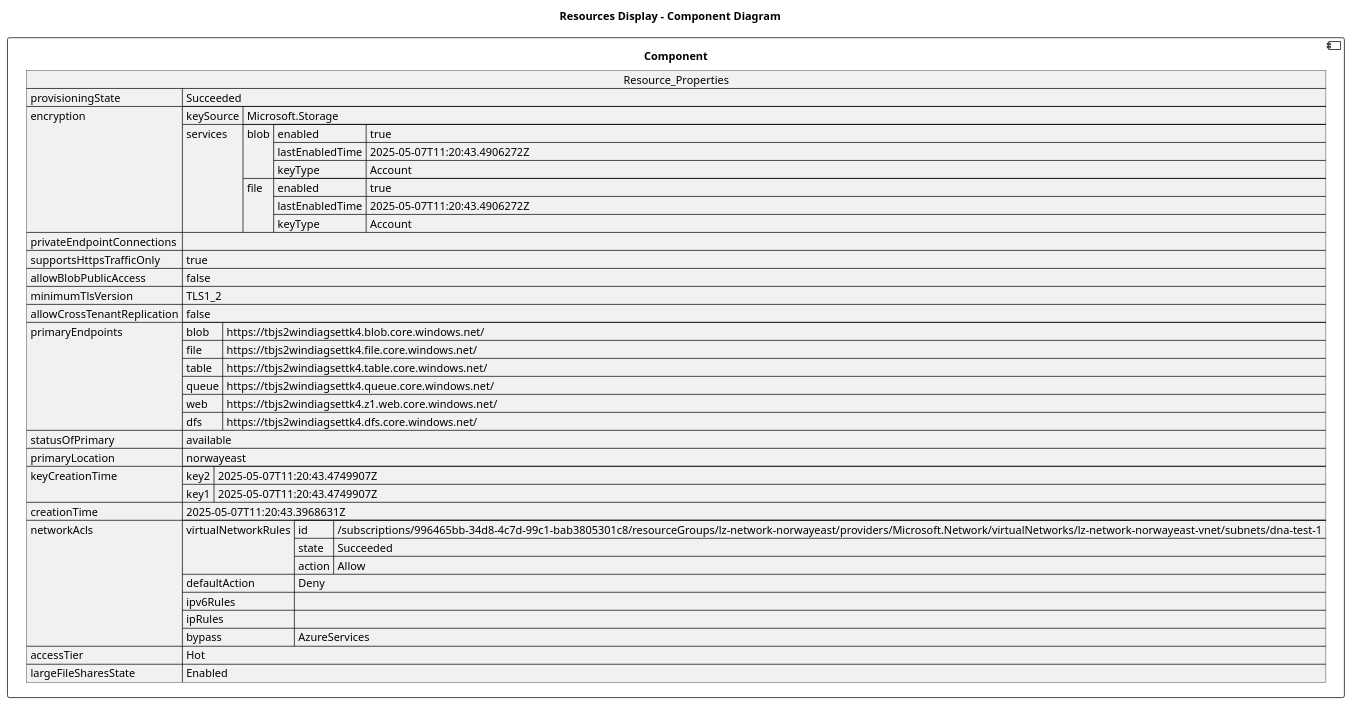
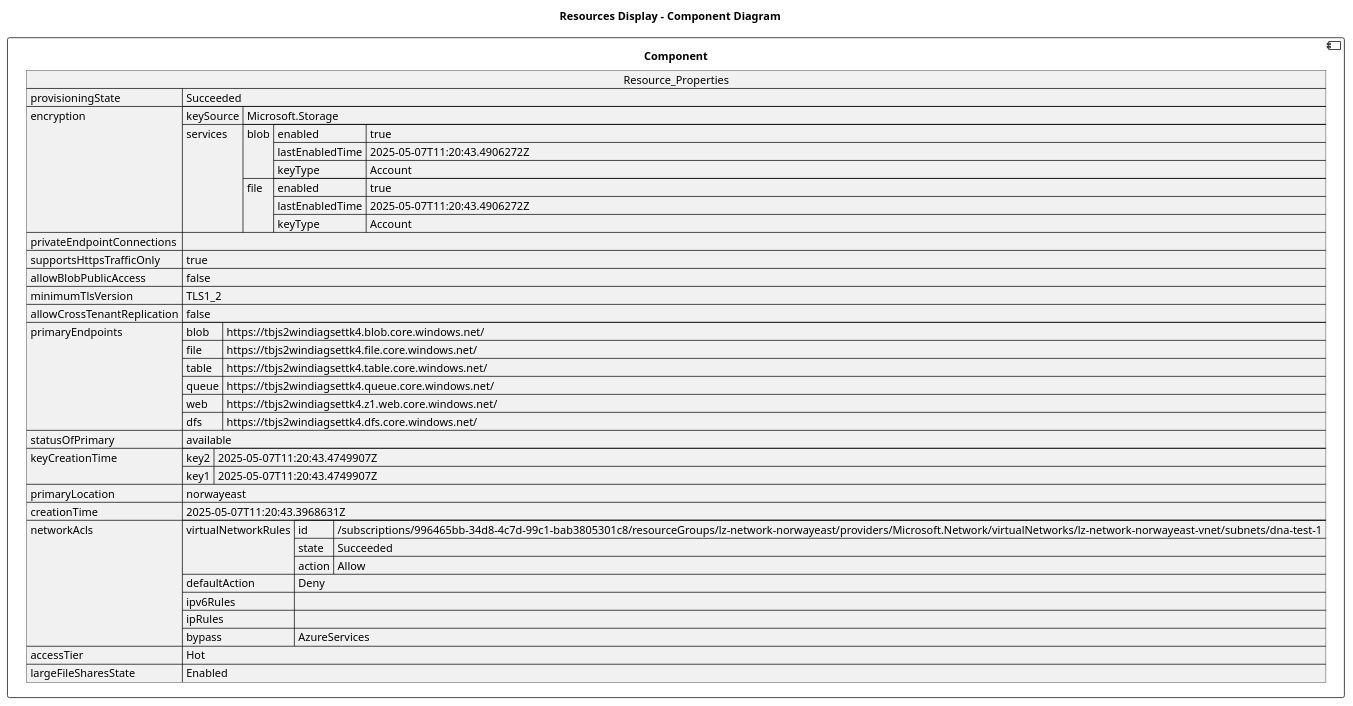
The diagram in architectureDesign/PUML/rg-bjornjorgen_Resources/tbjs2windiagsettk4.puml (DanielAmpong/Test-Azure-architecture-diagram), drawn with PlantUML before and after one commit. The commit also changed other lines of this file and 762 other files, not shown here.

```diff
--- a/architectureDesign/PUML/rg-bjornjorgen_Resources/tbjs2windiagsettk4.puml
+++ b/architectureDesign/PUML/rg-bjornjorgen_Resources/tbjs2windiagsettk4.puml
@@ -1,61 +1,61 @@
 @startuml
 
 title Resources Display - Component Diagram
 
 component Component {
 
 json  Resource_Properties {
   "provisioningState": "Succeeded",
   "encryption": {
     "keySource": "Microsoft.Storage",
     "services": {
       "blob": {
         "enabled": true,
         "lastEnabledTime": "2025-05-07T11:20:43.4906272Z",
         "keyType": "Account"
       },
       "file": {
         "enabled": true,
         "lastEnabledTime": "2025-05-07T11:20:43.4906272Z",
         "keyType": "Account"
       }
     }
   },
   "privateEndpointConnections": [],
   "supportsHttpsTrafficOnly": true,
   "allowBlobPublicAccess": false,
   "minimumTlsVersion": "TLS1_2",
   "allowCrossTenantReplication": false,
   "primaryEndpoints": {
     "blob": "https://tbjs2windiagsettk4.blob.core.windows.net/",
     "file": "https://tbjs2windiagsettk4.file.core.windows.net/",
     "table": "https://tbjs2windiagsettk4.table.core.windows.net/",
     "queue": "https://tbjs2windiagsettk4.queue.core.windows.net/",
     "web": "https://tbjs2windiagsettk4.z1.web.core.windows.net/",
     "dfs": "https://tbjs2windiagsettk4.dfs.core.windows.net/"
   },
   "statusOfPrimary": "available",
-  "primaryLocation": "norwayeast",
   "keyCreationTime": {
     "key2": "2025-05-07T11:20:43.4749907Z",
     "key1": "2025-05-07T11:20:43.4749907Z"
   },
+  "primaryLocation": "norwayeast",
   "creationTime": "2025-05-07T11:20:43.3968631Z",
   "networkAcls": {
     "virtualNetworkRules": [
       {
         "id": "/subscriptions/996465bb-34d8-4c7d-99c1-bab3805301c8/resourceGroups/lz-network-norwayeast/providers/Microsoft.Network/virtualNetworks/lz-network-norwayeast-vnet/subnets/dna-test-1",
         "state": "Succeeded",
         "action": "Allow"
       }
     ],
     "defaultAction": "Deny",
     "ipv6Rules": [],
     "ipRules": [],
     "bypass": "AzureServices"
   },
   "accessTier": "Hot",
   "largeFileSharesState": "Enabled"
 }
 }
 @enduml
```
